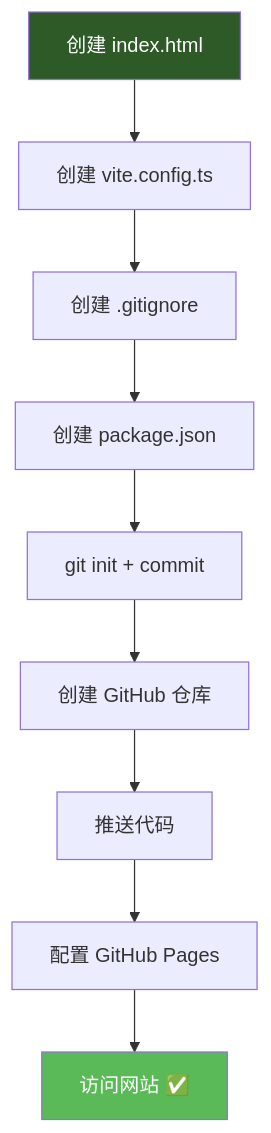
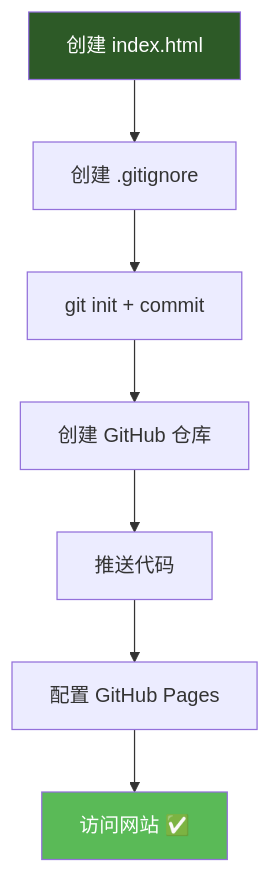
One commit to Easter127/trae changed diagram 18 of 20 in PROJECT_GUIDE.md. Above: the diagram before and after it, drawn with Mermaid. The commit also changed other lines of this file, not shown here.

Commit message:
Update PROJECT_GUIDE: add all 12 pitfalls with real error messages and mermaid diagrams

````diff
--- a/PROJECT_GUIDE.md
+++ b/PROJECT_GUIDE.md
@@ -498,14 +776,12 @@
 ```mermaid
 flowchart TD
-    A[创建 index.html] --> B[创建 vite.config.ts]
-    B --> C[创建 .gitignore]
-    C --> D[创建 package.json]
-    D --> E[git init + commit]
-    E --> F[创建 GitHub 仓库]
-    F --> G[推送代码]
-    G --> H[配置 GitHub Pages]
-    H --> I[访问网站 ✅]
+    A[创建 index.html] --> B[创建 .gitignore]
+    B --> C[git init + commit]
+    C --> D[创建 GitHub 仓库]
+    D --> E[推送代码]
+    E --> F[配置 GitHub Pages]
+    F --> G[访问网站 ✅]
     
     style A fill:#2d5a27,color:#fff
-    style I fill:#5aba57,color:#fff
+    style G fill:#5aba57,color:#fff
 ```
````
